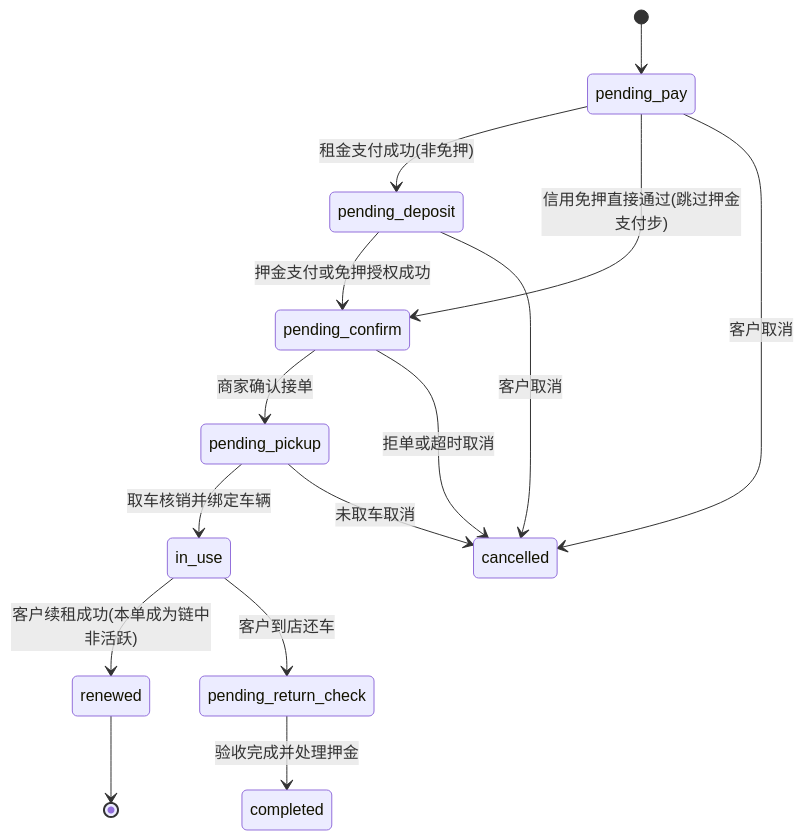
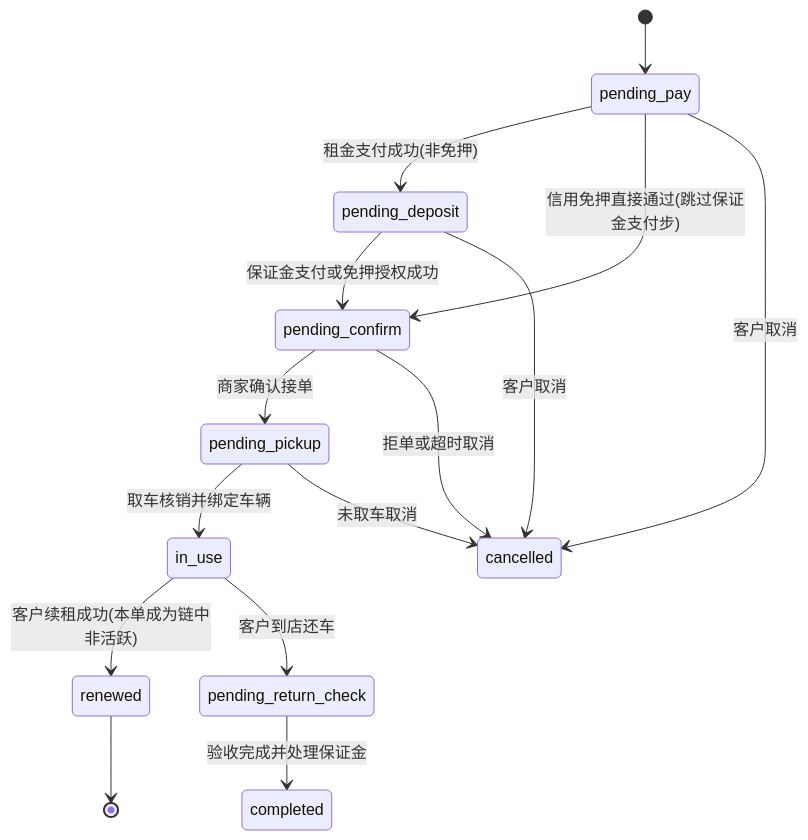
Before and after one commit to joezjyan-bot/mandian-prd: the diagram in PRD/V0.2/modules/短租业务/05_体验租数据模型与状态机.md, drawn with Mermaid. The commit also changed other lines of this file and 9 other files, not shown here.

````diff
--- a/PRD/V0.2/modules/短租业务/05_体验租数据模型与状态机.md
+++ b/PRD/V0.2/modules/短租业务/05_体验租数据模型与状态机.md
@@ -63,17 +65,17 @@
 ```mermaid
 stateDiagram-v2
     [*] --> pending_pay
     pending_pay --> pending_deposit: 租金支付成功(非免押)
-    pending_pay --> pending_confirm: 信用免押直接通过(跳过押金支付步)
-    pending_deposit --> pending_confirm: 押金支付或免押授权成功
+    pending_pay --> pending_confirm: 信用免押直接通过(跳过保证金支付步)
+    pending_deposit --> pending_confirm: 保证金支付或免押授权成功
     pending_confirm --> pending_pickup: 商家确认接单
     pending_confirm --> cancelled: 拒单或超时取消
     pending_pickup --> in_use: 取车核销并绑定车辆
     pending_pickup --> cancelled: 未取车取消
     in_use --> renewed: 客户续租成功(本单成为链中非活跃)
     in_use --> pending_return_check: 客户到店还车
     renewed --> [*]
-    pending_return_check --> completed: 验收完成并处理押金
+    pending_return_check --> completed: 验收完成并处理保证金
     pending_pay --> cancelled: 客户取消
     pending_deposit --> cancelled: 客户取消
 ```
````
